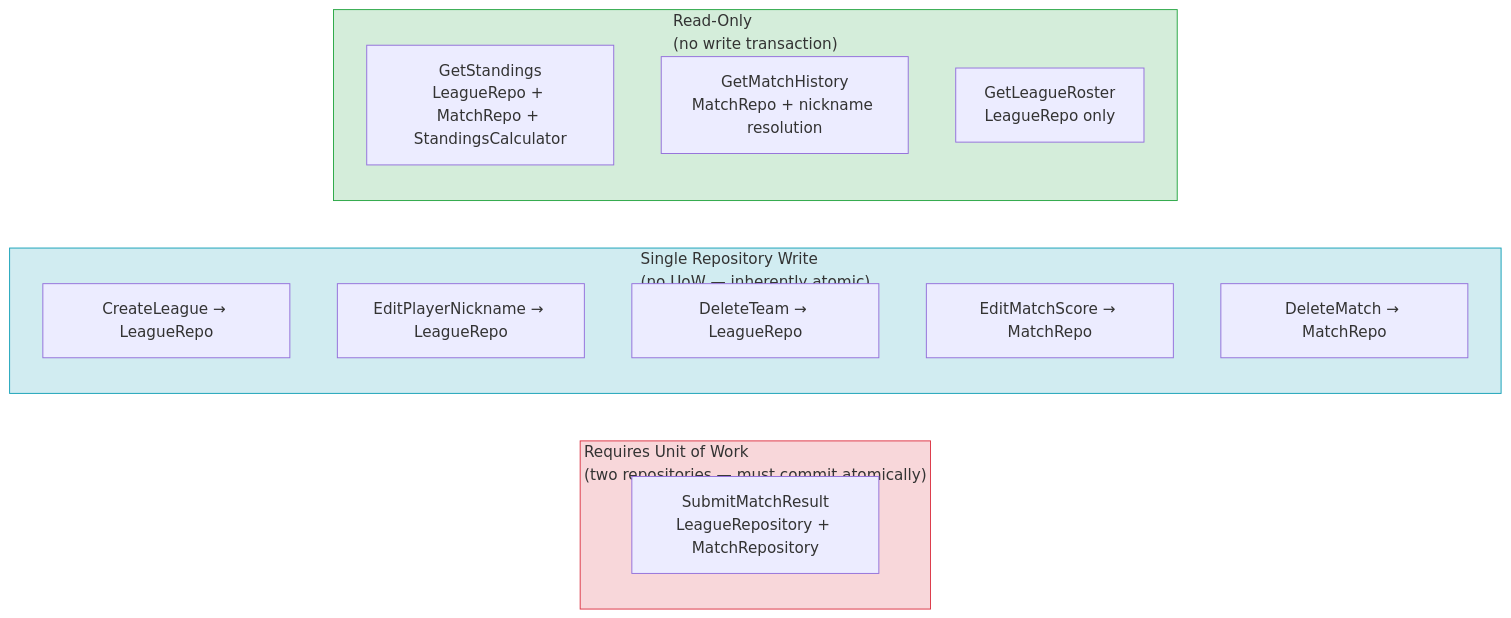
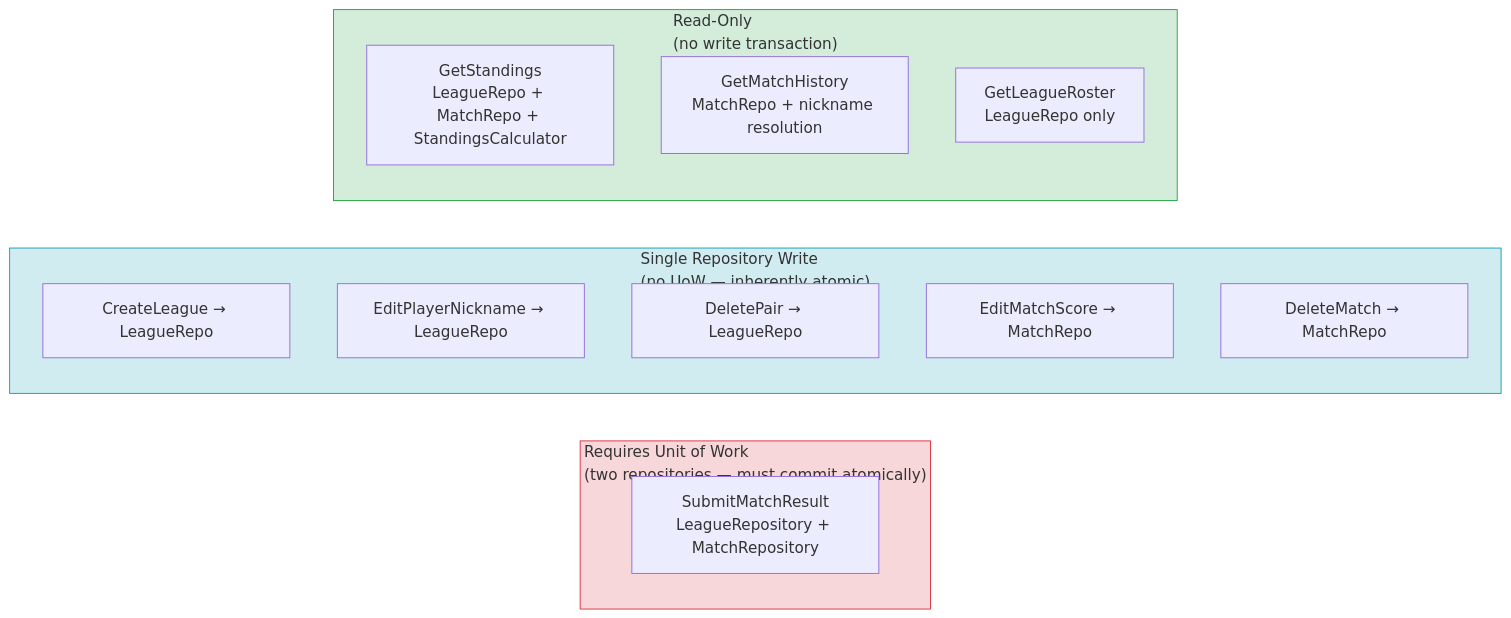
One commit to swjeong0825/TLMB_backend_main changed the diagram in Design_Doc/TLMB_Design_doc/08_unit_of_work_and_transactions.md. Above: the diagram before and after it, drawn with Mermaid. The commit also changed other lines of this file and 113 other files, not shown here.

Commit message:
team_to_pair_migration

````diff
--- a/Design_Doc/TLMB_Design_doc/08_unit_of_work_and_transactions.md
+++ b/Design_Doc/TLMB_Design_doc/08_unit_of_work_and_transactions.md
@@ -5,22 +5,22 @@
 ```mermaid
 flowchart LR
     subgraph UOW ["Requires Unit of Work\n(two repositories — must commit atomically)"]
         SMR["SubmitMatchResult\nLeagueRepository + MatchRepository"]
     end
     subgraph SINGLE ["Single Repository Write\n(no UoW — inherently atomic)"]
         CL["CreateLeague → LeagueRepo"]
         EPN["EditPlayerNickname → LeagueRepo"]
-        DT["DeleteTeam → LeagueRepo"]
+        DT["DeletePair → LeagueRepo"]
         EMS["EditMatchScore → MatchRepo"]
         DM["DeleteMatch → MatchRepo"]
     end
     subgraph READ ["Read-Only\n(no write transaction)"]
         GS["GetStandings\nLeagueRepo + MatchRepo + StandingsCalculator"]
         GMH["GetMatchHistory\nMatchRepo + nickname resolution"]
         GLR["GetLeagueRoster\nLeagueRepo only"]
     end
 
     style UOW fill:#f8d7da,stroke:#dc3545
     style SINGLE fill:#d1ecf1,stroke:#17a2b8
     style READ fill:#d4edda,stroke:#28a745
 ```
````
